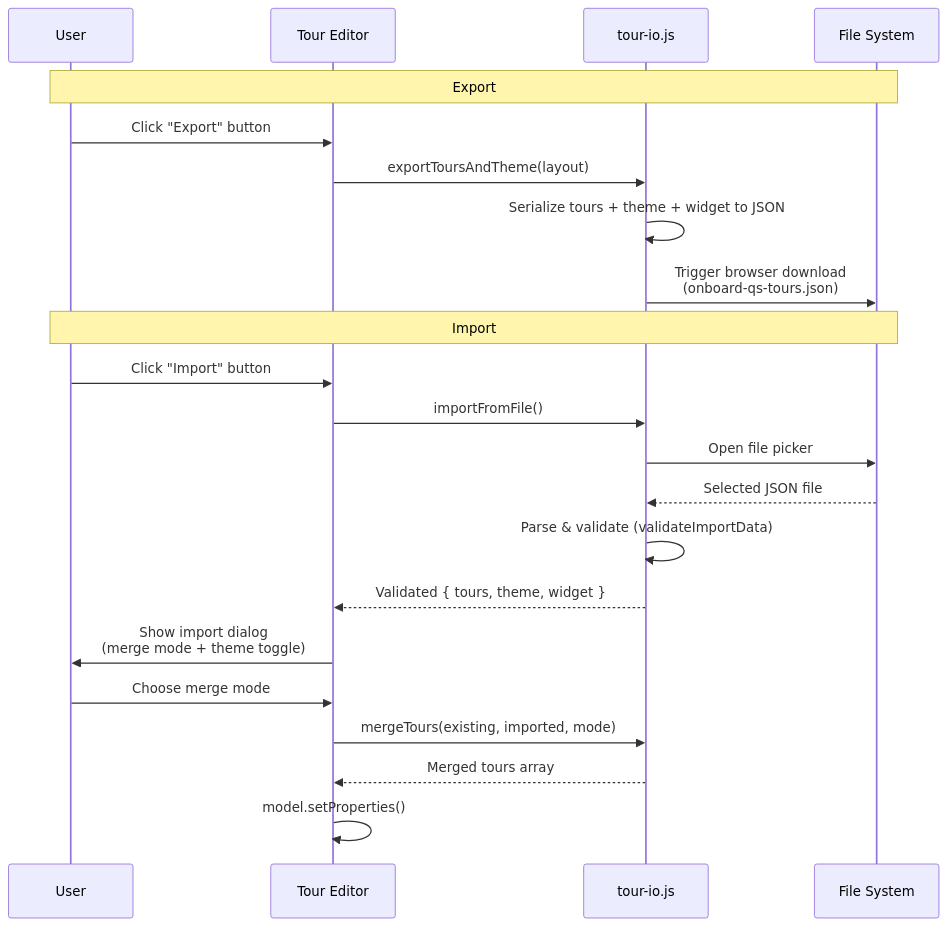
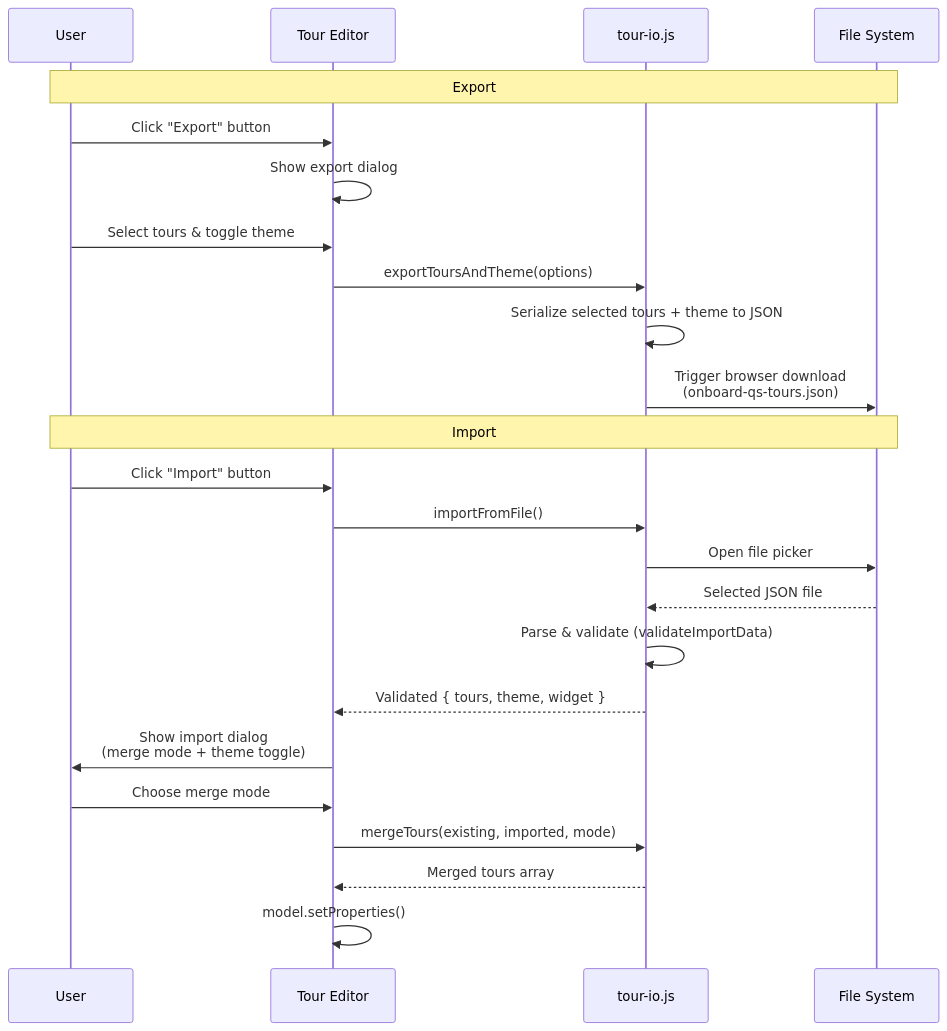
One commit to ptarmiganlabs/onboard.qs changed the diagram in README.md. Above: the diagram before and after it, drawn with Mermaid. The commit also changed other lines of this file and 1 other file, not shown here.

Commit message:
Add info to docs about new selective tour export feature

````diff
--- a/README.md
+++ b/README.md
@@ -384,26 +384,28 @@
 ```mermaid
 sequenceDiagram
     participant User
     participant TE as Tour Editor
     participant IO as tour-io.js
     participant FS as File System
 
     Note over User,FS: Export
     User->>TE: Click "Export" button
-    TE->>IO: exportToursAndTheme(layout)
-    IO->>IO: Serialize tours + theme + widget to JSON
+    TE->>TE: Show export dialog
+    User->>TE: Select tours & toggle theme
+    TE->>IO: exportToursAndTheme(options)
+    IO->>IO: Serialize selected tours + theme to JSON
     IO->>FS: Trigger browser download<br/>(onboard-qs-tours.json)
 
     Note over User,FS: Import
     User->>TE: Click "Import" button
     TE->>IO: importFromFile()
     IO->>FS: Open file picker
     FS-->>IO: Selected JSON file
     IO->>IO: Parse & validate (validateImportData)
     IO-->>TE: Validated { tours, theme, widget }
     TE->>User: Show import dialog<br/>(merge mode + theme toggle)
     User->>TE: Choose merge mode
     TE->>IO: mergeTours(existing, imported, mode)
     IO-->>TE: Merged tours array
     TE->>TE: model.setProperties()
 ```
````
